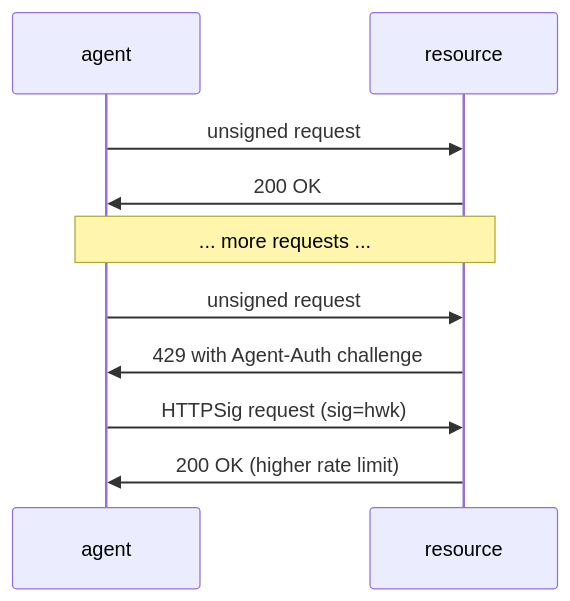
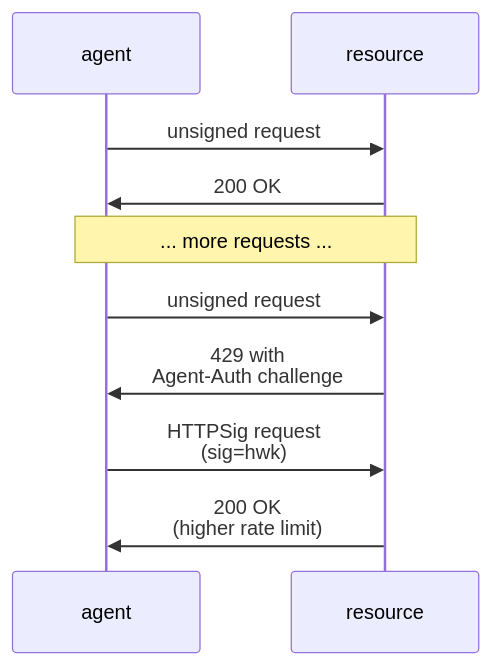
The first of 9 diagrams in README.md (dickhardt/agent-auth), drawn with Mermaid before and after one commit. The commit also changed other lines of this file, not shown here.

First line of the commit message:
Add line breaks to all mermaid diagrams for better readability

````diff
--- a/README.md
+++ b/README.md
@@ -169,16 +169,16 @@
 ```mermaid
 sequenceDiagram
     participant Agent as agent
     participant Resource as resource
 
     Agent->>Resource: unsigned request
     Resource->>Agent: 200 OK
 
     Note over Agent,Resource: ... more requests ...
 
     Agent->>Resource: unsigned request
-    Resource->>Agent: 429 with Agent-Auth challenge
+    Resource->>Agent: 429 with<br/>Agent-Auth challenge
 
-    Agent->>Resource: HTTPSig request (sig=hwk)
-    Resource->>Agent: 200 OK (higher rate limit)
+    Agent->>Resource: HTTPSig request<br/>(sig=hwk)
+    Resource->>Agent: 200 OK<br/>(higher rate limit)
 ```
````
